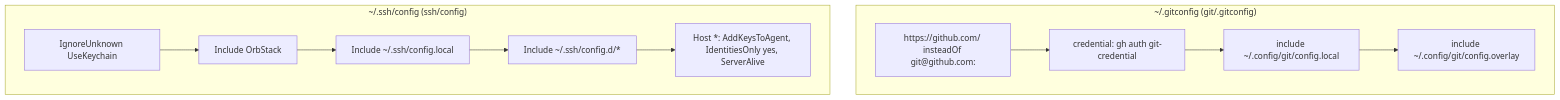
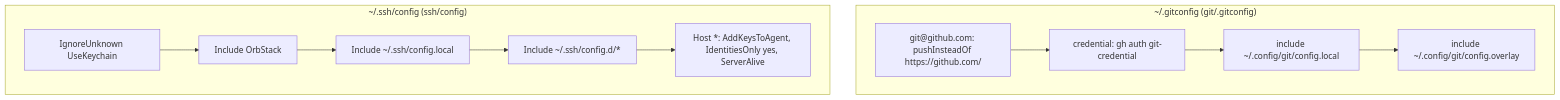
One commit to arisros/dotfiles changed the first of 3 diagrams in docs/git-ssh.md. Above: the diagram before and after it, drawn with Mermaid. The commit also changed other lines of this file and 3 other files, not shown here.

First line of the commit message:
fix(git): rewrite github urls to ssh only for push

````diff
--- a/docs/git-ssh.md
+++ b/docs/git-ssh.md
@@ -5,18 +5,18 @@
 ```mermaid
 flowchart TD
   subgraph git["~/.gitconfig (git/.gitconfig)"]
-    G1["https://github.com/ insteadOf git@github.com:"]
+    G1["git@github.com: pushInsteadOf https://github.com/"]
     G2["credential: gh auth git-credential"]
     G3["include ~/.config/git/config.local"]
     G4["include ~/.config/git/config.overlay"]
     G1 --> G2 --> G3 --> G4
   end
   subgraph ssh["~/.ssh/config (ssh/config)"]
     S1["IgnoreUnknown UseKeychain"]
     S2["Include OrbStack"]
     S3["Include ~/.ssh/config.local"]
     S4["Include ~/.ssh/config.d/*"]
     S5["Host *: AddKeysToAgent, IdentitiesOnly yes, ServerAlive"]
     S1 --> S2 --> S3 --> S4 --> S5
   end
 ```
````
